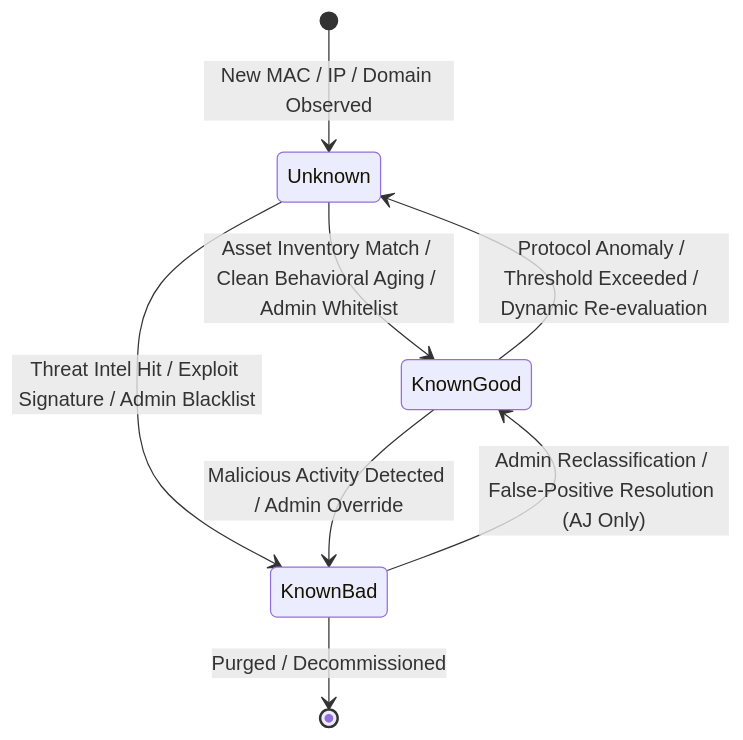
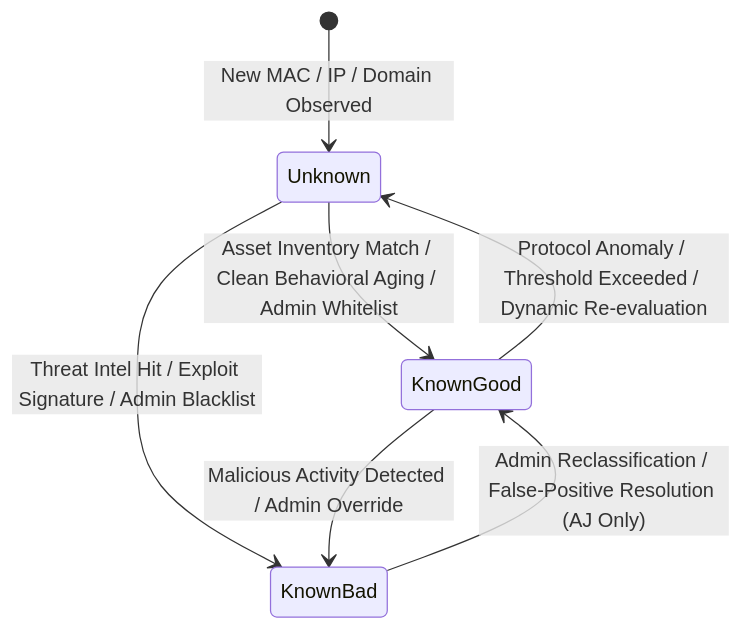
One commit to ajeswint/strix-halo-johnny changed the first of 2 diagrams in docs/architecture/architecture-pass.md. Above: the diagram before and after it, drawn with Mermaid. The commit also changed other lines of this file and 3 other files, not shown here.

Commit message:
Architecture pass rev 3: review 2 fixes (B1-B2, N1-N5), Decision 1 EDR note

````diff
--- a/docs/architecture/architecture-pass.md
+++ b/docs/architecture/architecture-pass.md
@@ -226,10 +227,9 @@
 ```mermaid
 stateDiagram-v2
     [*] --> Unknown: New MAC / IP / Domain Observed
     Unknown --> KnownGood: Asset Inventory Match / Clean Behavioral Aging / Admin Whitelist
     Unknown --> KnownBad: Threat Intel Hit / Exploit Signature / Admin Blacklist
     KnownGood --> Unknown: Protocol Anomaly / Threshold Exceeded / Dynamic Re-evaluation
     KnownGood --> KnownBad: Malicious Activity Detected / Admin Override
     KnownBad --> KnownGood: Admin Reclassification / False-Positive Resolution (AJ Only)
-    KnownBad --> [*]: Purged / Decommissioned
 ```
````
